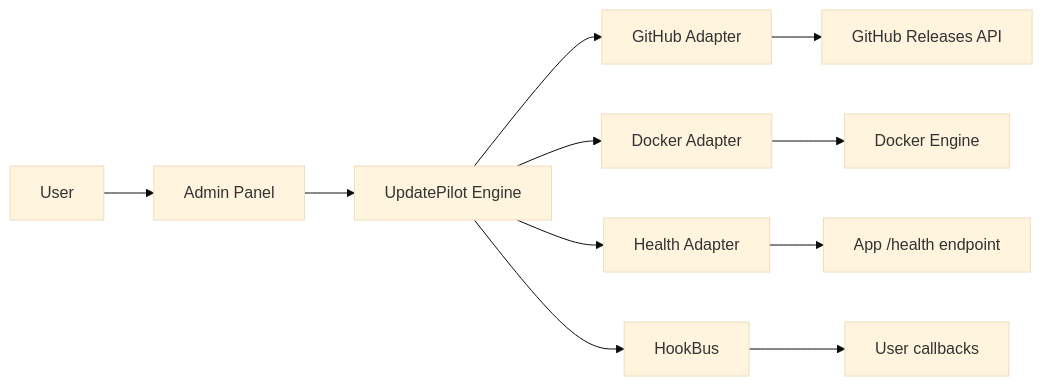
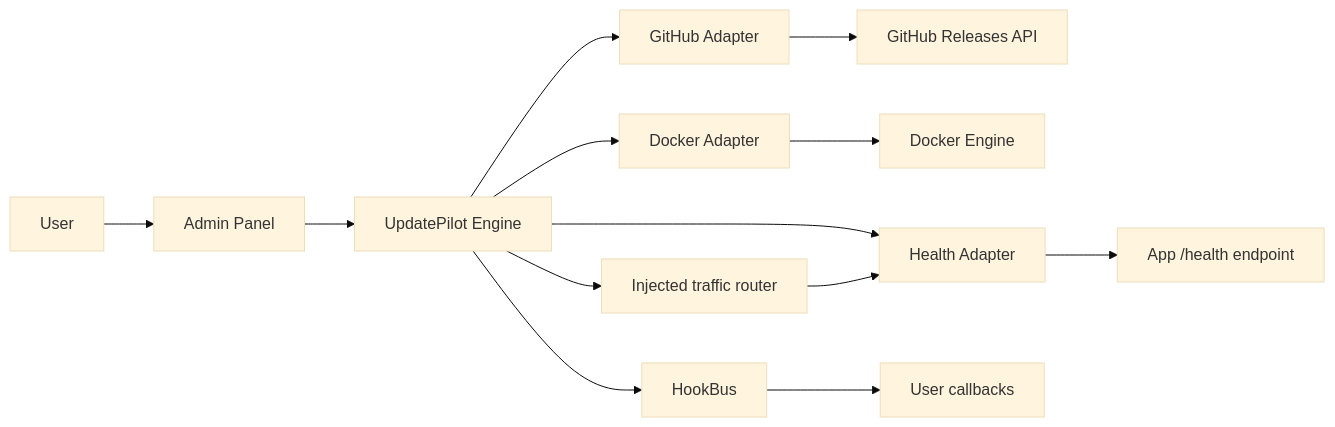
Before and after one commit to mdnajmul729080/UpdatePilot: the diagram in docs/ARCHITECTURE.md, drawn with Mermaid (base theme). The commit also changed other lines of this file and 27 other files, not shown here.

````diff
--- a/docs/ARCHITECTURE.md
+++ b/docs/ARCHITECTURE.md
@@ -26,13 +26,15 @@
 ```mermaid
 flowchart LR
     User --> AdminPanel[Admin Panel]
     AdminPanel --> Engine[UpdatePilot Engine]
     Engine --> GitHubAdapter[GitHub Adapter]
     GitHubAdapter --> Releases[GitHub Releases API]
     Engine --> DockerAdapter[Docker Adapter]
     DockerAdapter --> DockerEngine[Docker Engine]
     Engine --> HealthAdapter[Health Adapter]
     HealthAdapter --> HealthEndpoint[App /health endpoint]
+    Engine --> TrafficRouter[Injected traffic router]
+    TrafficRouter --> HealthAdapter
     Engine --> HookBus[HookBus]
     HookBus --> Callbacks[User callbacks]
 ```
````
